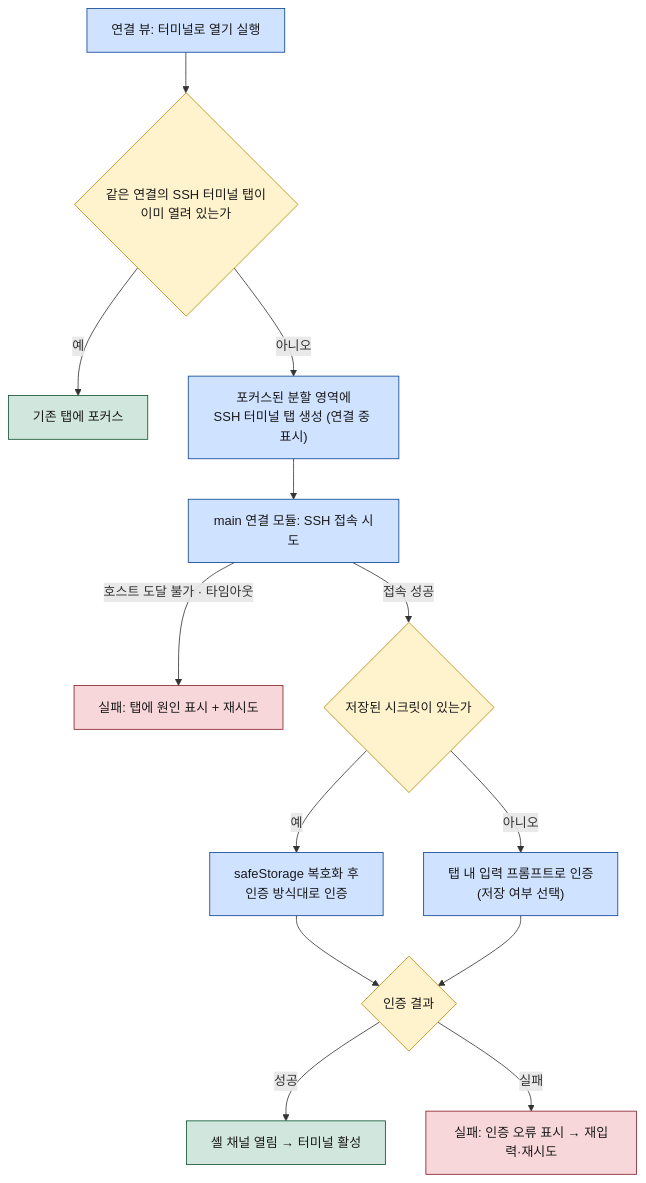
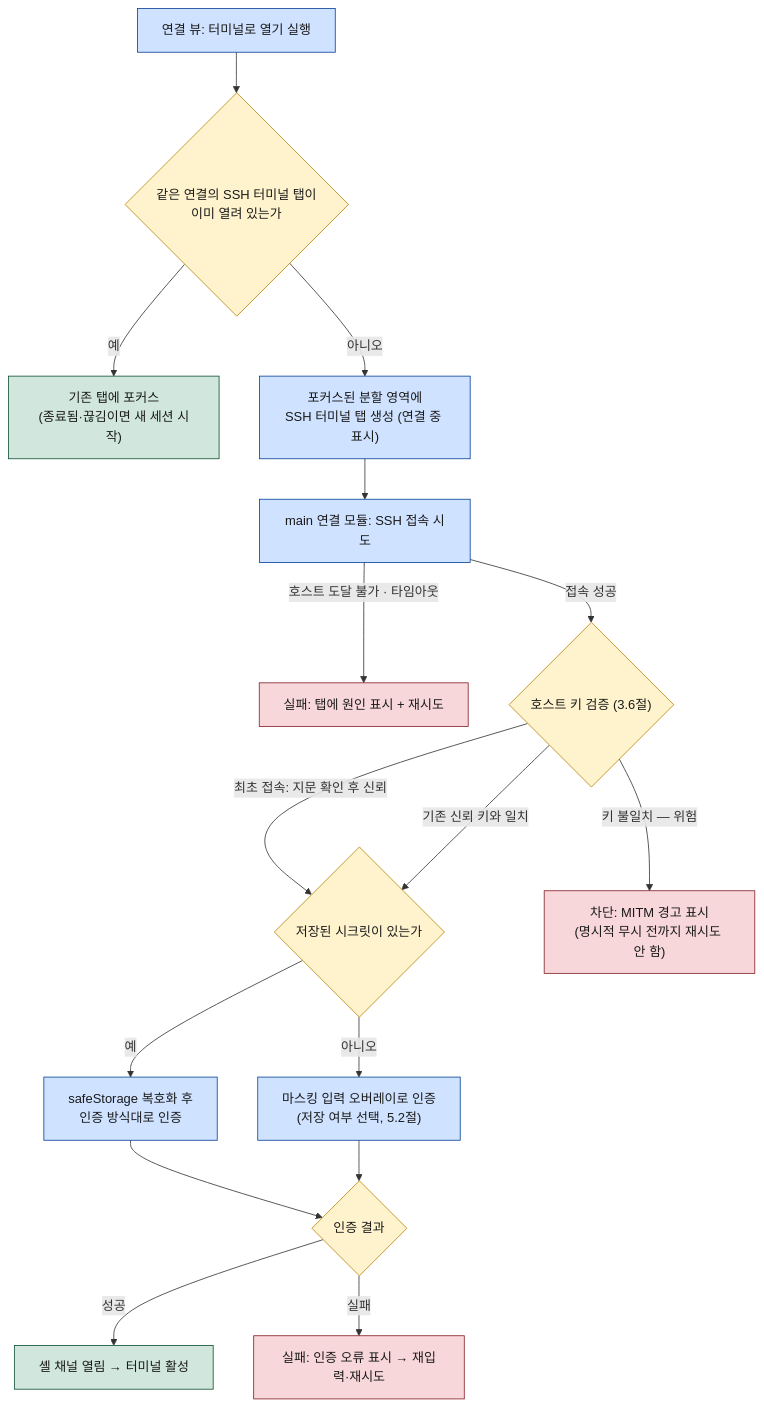
The first of 2 diagrams in docs/features/connections.md (gyuha/work-deck), drawn with Mermaid before and after one commit. The commit also changed other lines of this file and 11 other files, not shown here.

````diff
--- a/docs/features/connections.md
+++ b/docs/features/connections.md
@@ -54,24 +58,28 @@
 ```mermaid
 flowchart TD
     A["연결 뷰: 터미널로 열기 실행"] --> B{"같은 연결의 SSH 터미널 탭이<br/>이미 열려 있는가"}
-    B -->|예| C["기존 탭에 포커스"]
+    B -->|예| C["기존 탭에 포커스<br/>(종료됨·끊김이면 새 세션 시작)"]
     B -->|아니오| D["포커스된 분할 영역에<br/>SSH 터미널 탭 생성 (연결 중 표시)"]
     D --> E["main 연결 모듈: SSH 접속 시도"]
     E -->|"호스트 도달 불가 · 타임아웃"| F["실패: 탭에 원인 표시 + 재시도"]
-    E -->|접속 성공| G{"저장된 시크릿이 있는가"}
+    E -->|접속 성공| HK{"호스트 키 검증 (3.6절)"}
+    HK -->|"최초 접속: 지문 확인 후 신뢰"| G
+    HK -->|"기존 신뢰 키와 일치"| G
+    HK -->|"키 불일치 — 위험"| FHK["차단: MITM 경고 표시<br/>(명시적 무시 전까지 재시도 안 함)"]
+    G{"저장된 시크릿이 있는가"}
     G -->|예| H["safeStorage 복호화 후<br/>인증 방식대로 인증"]
-    G -->|아니오| I["탭 내 입력 프롬프트로 인증<br/>(저장 여부 선택)"]
+    G -->|아니오| I["마스킹 입력 오버레이로 인증<br/>(저장 여부 선택, 5.2절)"]
     H --> J{"인증 결과"}
     I --> J
     J -->|성공| K["셸 채널 열림 → 터미널 활성"]
     J -->|실패| L["실패: 인증 오류 표시 → 재입력·재시도"]
 
     classDef decision fill:#FFF3CD,stroke:#B8860B,color:#1a1a1a
     classDef success fill:#D1E7DD,stroke:#0F5132,color:#1a1a1a
     classDef fail fill:#F8D7DA,stroke:#842029,color:#1a1a1a
     classDef step fill:#CFE2FF,stroke:#084298,color:#1a1a1a
-    class B,G,J decision
+    class B,G,J,HK decision
     class C,K success
-    class F,L fail
+    class F,L,FHK fail
     class A,D,E,H,I step
 ```
````
